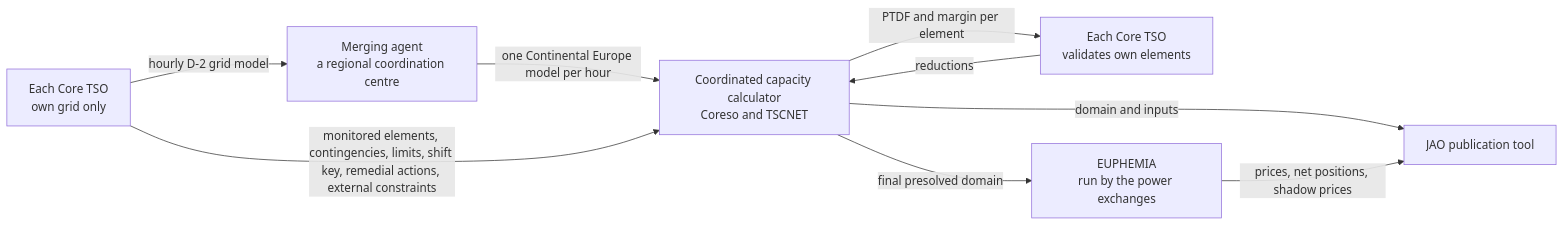
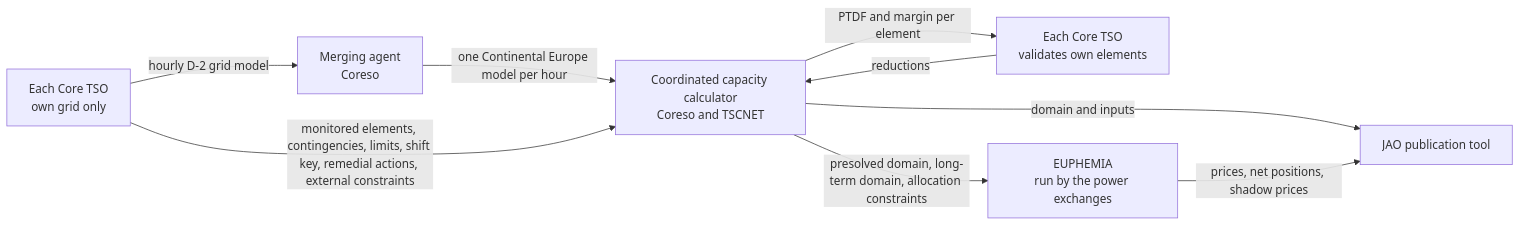
Before and after one commit to zoltanmaric/coppersushi: the diagram in wiki/core-day-ahead-capacity-calculation.md, drawn with Mermaid. The commit also changed other lines of this file and 1 other file, not shown here.

````diff
--- a/wiki/core-day-ahead-capacity-calculation.md
+++ b/wiki/core-day-ahead-capacity-calculation.md
@@ -84,17 +85,17 @@
 ```mermaid
 flowchart LR
     TSO["Each Core TSO<br>own grid only"]
-    MA["Merging agent<br>a regional coordination centre"]
+    MA["Merging agent<br>Coreso"]
     CCC["Coordinated capacity calculator<br>Coreso and TSCNET"]
     VAL["Each Core TSO<br>validates own elements"]
     JAO["JAO publication tool"]
     EUP["EUPHEMIA<br>run by the power exchanges"]
     TSO -- "hourly D-2 grid model" --> MA
     MA -- "one Continental Europe model per hour" --> CCC
     TSO -- "monitored elements, contingencies, limits, shift key, remedial actions, external constraints" --> CCC
     CCC -- "PTDF and margin per element" --> VAL
     VAL -- "reductions" --> CCC
-    CCC -- "final presolved domain" --> EUP
+    CCC -- "presolved domain, long-term domain, allocation constraints" --> EUP
     CCC -- "domain and inputs" --> JAO
     EUP -- "prices, net positions, shadow prices" --> JAO
 ```
````
